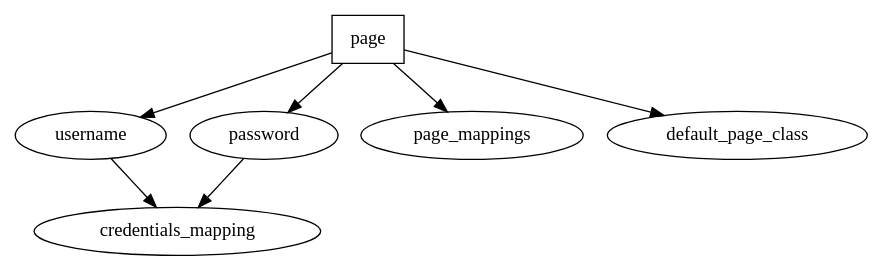
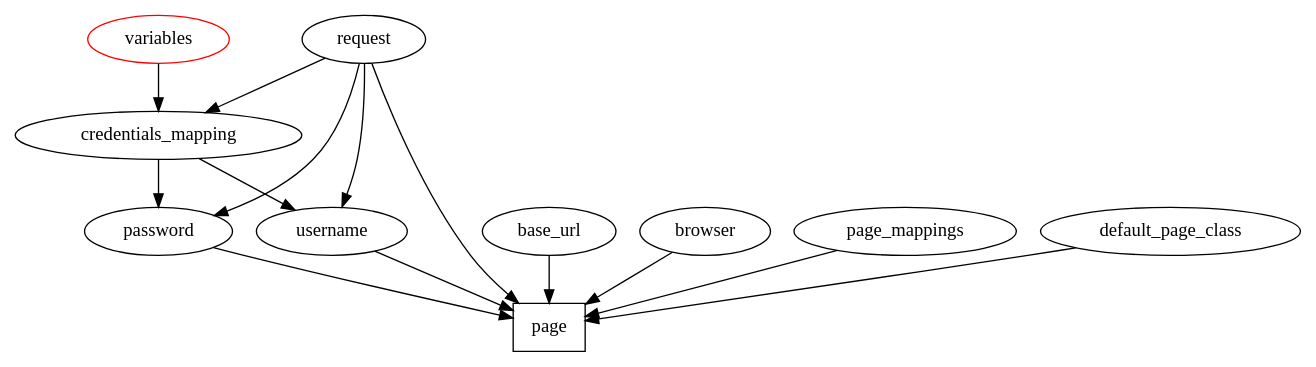
One commit to tierratelematics/tierra_qa changed the diagram in README.rst. Above: the diagram before and after it, drawn with Graphviz. The commit also changed 1 other file, not shown here.

Commit message:
re-design the diagram

```diff
--- a/README.rst
+++ b/README.rst
@@ -96,8 +96,15 @@
 .. graphviz::
 
    digraph {
       page [shape=box];
-      page -> {username password page_mappings default_page_class};
-      username -> credentials_mapping;
-      password -> credentials_mapping;
+      variables [color="red"];
+      request -> {username password credentials_mapping page};
+      variables -> credentials_mapping;
+      credentials_mapping -> {username password};
+      username -> page;
+      password -> page;
+      base_url -> page;
+      browser -> page;
+      page_mappings -> page;
+      default_page_class -> page; 
    }
```
